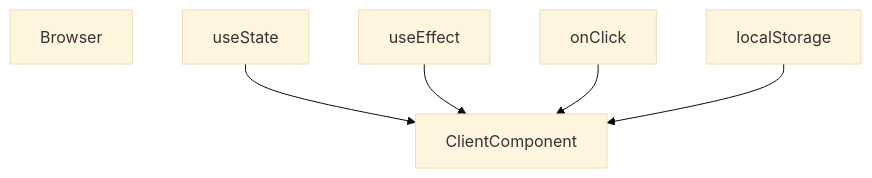
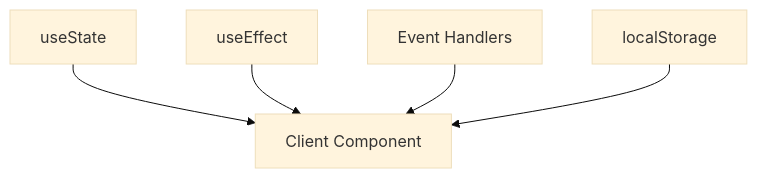
The sixth of 12 diagrams in NextJS/Next-JS-Tutorial/Articles/Modern-Client-Server-Architecture.md (seanwhs/Tutorials), drawn with Mermaid (base theme) before and after one commit. The commit also changed other lines of this file, not shown here.

````diff
--- a/NextJS/Next-JS-Tutorial/Articles/Modern-Client-Server-Architecture.md
+++ b/NextJS/Next-JS-Tutorial/Articles/Modern-Client-Server-Architecture.md
@@ -450,17 +465,14 @@
 ```mermaid
 graph TD
+    STATE[useState]
+    EFFECT[useEffect]
+    EVENT[Event Handlers]
+    STORAGE[localStorage]
 
-Browser
+    CLIENT[Client Component]
 
-State[useState]
-Effects[useEffect]
-Events[onClick]
-Storage[localStorage]
-
-ClientComponent
-
-State --> ClientComponent
-Effects --> ClientComponent
-Events --> ClientComponent
-Storage --> ClientComponent
+    STATE --> CLIENT
+    EFFECT --> CLIENT
+    EVENT --> CLIENT
+    STORAGE --> CLIENT
 ```
````
